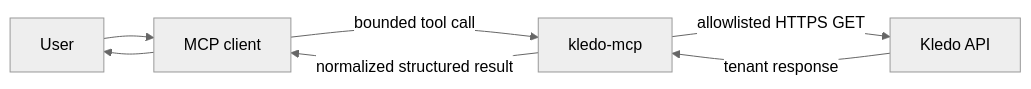
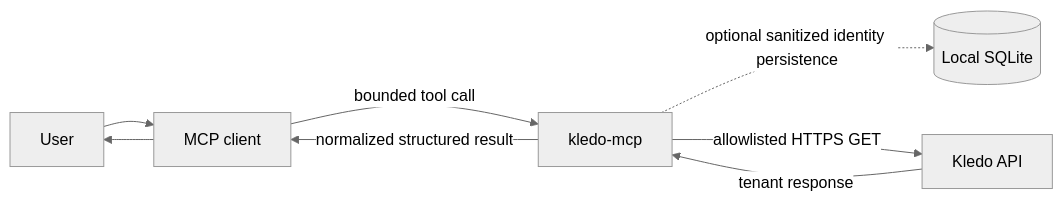
Before and after one commit to kevzakaria/kledo-mcp: the first of 2 diagrams in docs/architecture.md, drawn with Mermaid (neutral theme). The commit also changed other lines of this file and 25 other files, not shown here.

````diff
--- a/docs/architecture.md
+++ b/docs/architecture.md
@@ -9,9 +9,10 @@
 ```mermaid
 flowchart LR
     U[User] --> C[MCP client]
     C -->|bounded tool call| M[kledo-mcp]
+    M -.->|optional sanitized identity persistence| S[(Local SQLite)]
     M -->|allowlisted HTTPS GET| K[Kledo API]
     K -->|tenant response| M
     M -->|normalized structured result| C
     C --> U
 ```
````
